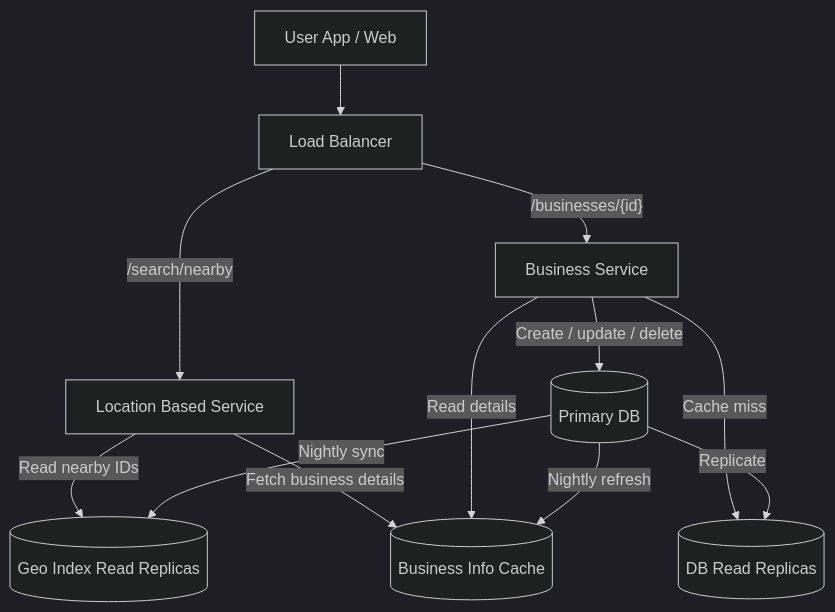
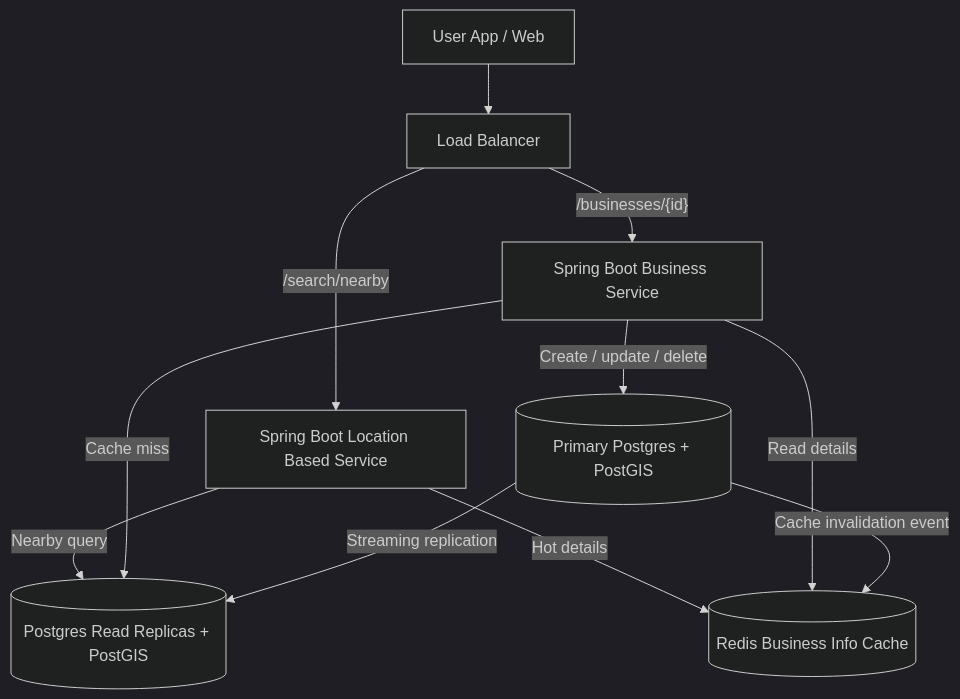
The fourth of 17 diagrams in HLD_NOTES/004_INTERVIEW_PROBLEMS/013_proximity_service_visual_notes.md (mthaiseer/springcloud-systemdesign-notes), drawn with Mermaid (dark theme) before and after one commit. The commit also changed other lines of this file and 1 other file, not shown here.

````diff
--- a/HLD_NOTES/004_INTERVIEW_PROBLEMS/013_proximity_service_visual_notes.md
+++ b/HLD_NOTES/004_INTERVIEW_PROBLEMS/013_proximity_service_visual_notes.md
@@ -102,18 +140,17 @@
 ```mermaid
 flowchart TB
     U[User App / Web] --> LB[Load Balancer]
 
-    LB -->|/search/nearby| LBS[Location Based Service]
-    LB -->|"/businesses/{id}"| BS[Business Service]
+    LB -->|/search/nearby| LBS[Spring Boot Location Based Service]
+    LB -->|"/businesses/{id}"| BS[Spring Boot Business Service]
 
-    LBS -->|Read nearby IDs| GDB[(Geo Index Read Replicas)]
-    LBS -->|Fetch business details| BCache[(Business Info Cache)]
+    LBS -->|Nearby query| PGRO[(Postgres Read Replicas + PostGIS)]
+    LBS -->|Hot details| BCache[(Redis Business Info Cache)]
 
     BS -->|Read details| BCache
-    BS -->|Cache miss| DBR[(DB Read Replicas)]
-    BS -->|Create / update / delete| DBP[(Primary DB)]
+    BS -->|Cache miss| PGRO
+    BS -->|Create / update / delete| PGP[(Primary Postgres + PostGIS)]
 
-    DBP -->|Replicate| DBR
-    DBP -->|Nightly sync| GDB
-    DBP -->|Nightly refresh| BCache
+    PGP -->|Streaming replication| PGRO
+    PGP -->|Cache invalidation event| BCache
 ```
````
